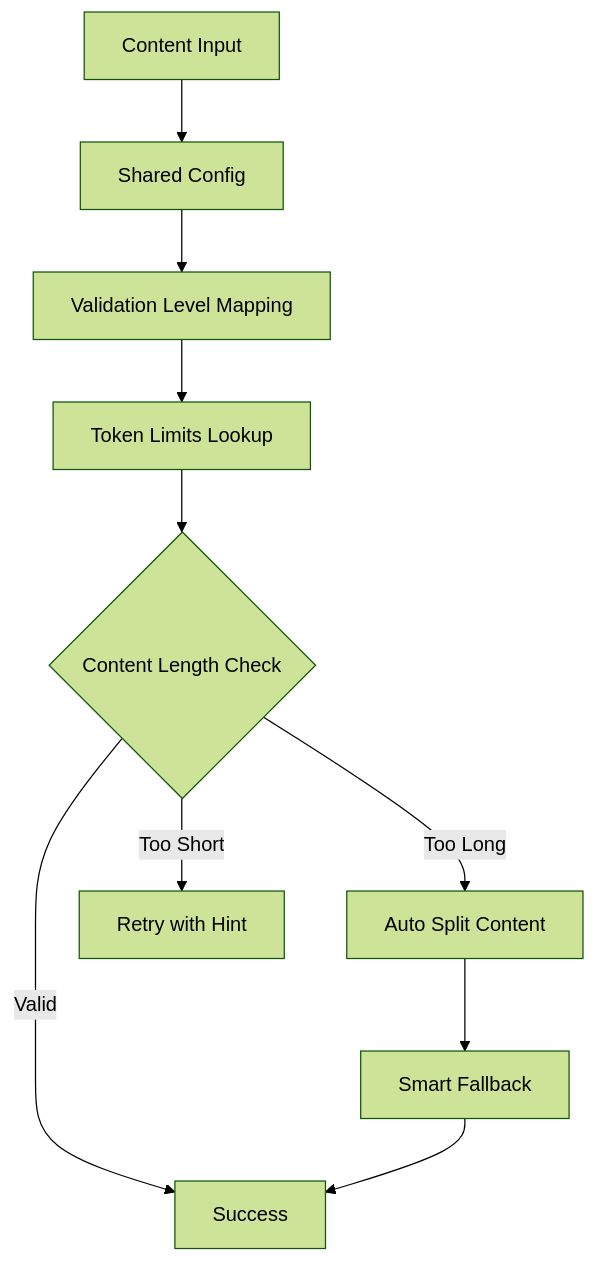
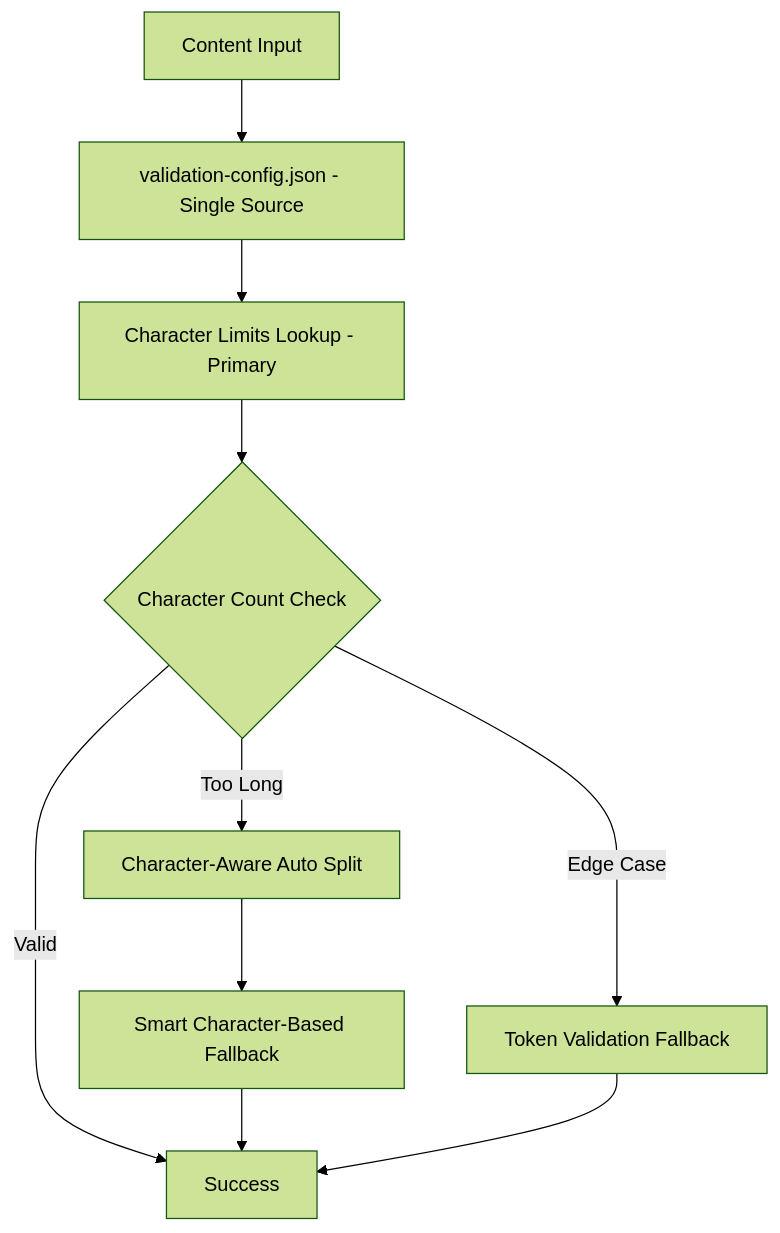
Before and after one commit to seq23/dailystory: the diagram in docs/SHARED-VALIDATION-ARCHITECTURE.md, drawn with Mermaid (forest theme). The commit also changed other lines of this file and 2 other files, not shown here.

First line of the commit message:
feat: Add final character limits and documentation

````diff
--- a/docs/SHARED-VALIDATION-ARCHITECTURE.md
+++ b/docs/SHARED-VALIDATION-ARCHITECTURE.md
@@ -101,12 +162,12 @@
 ```mermaid
 graph TD
-    A[Content Input] --> B[Shared Config]
-    B --> C[Validation Level Mapping]
-    C --> D[Token Limits Lookup]
-    D --> E{Content Length Check}
-    E -->|Valid| F[Success]
-    E -->|Too Long| G[Auto Split Content]
-    E -->|Too Short| H[Retry with Hint]
-    G --> I[Smart Fallback]
+    A[Content Input] --> B[validation-config.json - Single Source]
+    B --> C[Character Limits Lookup - Primary]
+    C --> D{Character Count Check}
+    D -->|Valid| F[Success]
+    D -->|Too Long| G[Character-Aware Auto Split]
+    D -->|Edge Case| H[Token Validation Fallback]
+    G --> I[Smart Character-Based Fallback]
     I --> F
+    H --> F
 ```
````
